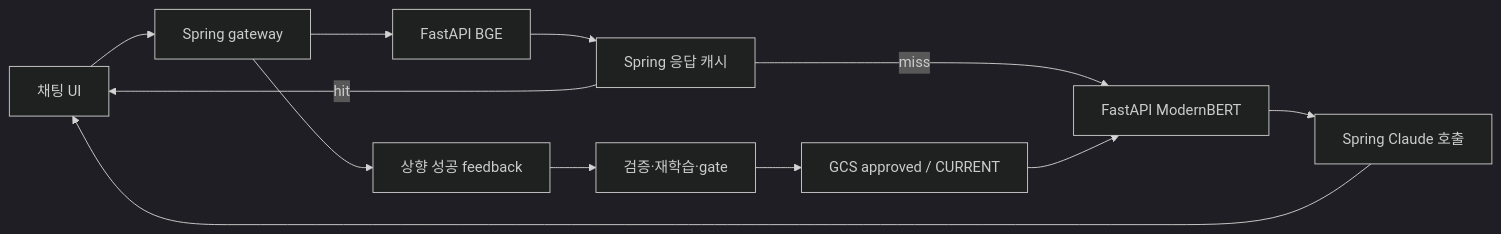
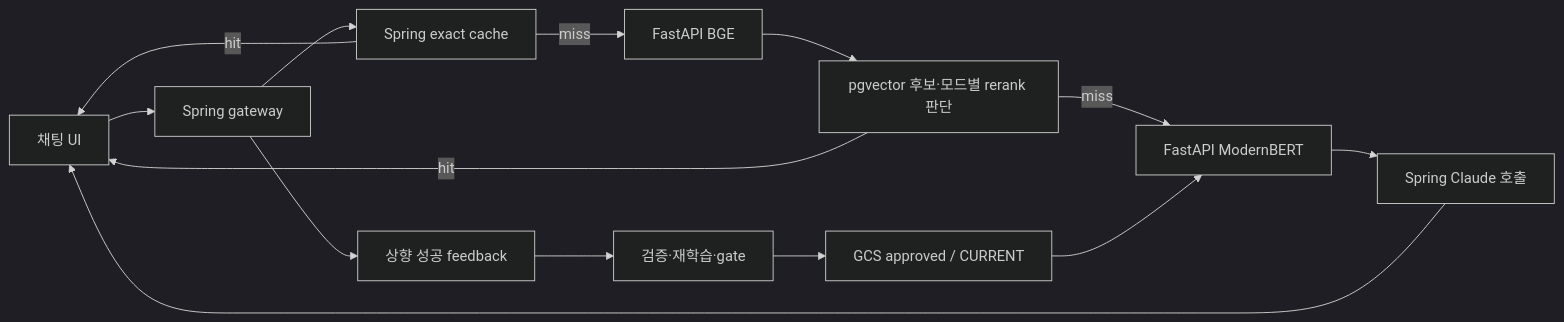
Before and after one commit to HYUCapstoneProject/LLM_Router: the diagram in docs/README.md, drawn with Mermaid (dark theme). The commit also changed other lines of this file and 6 other files, not shown here.

````diff
--- a/docs/README.md
+++ b/docs/README.md
@@ -31,14 +33,16 @@
 ```mermaid
 flowchart LR
     UI[채팅 UI] --> S[Spring gateway]
-    S --> E[FastAPI BGE]
-    E --> C[Spring 응답 캐시]
+    S --> X[Spring exact cache]
+    X -->|hit| UI
+    X -->|miss| E[FastAPI BGE]
+    E --> C[pgvector 후보·모드별 rerank 판단]
     C -->|miss| R[FastAPI ModernBERT]
     R --> L[Spring Claude 호출]
     L --> UI
     C -->|hit| UI
     S --> F[상향 성공 feedback]
     F --> P[검증·재학습·gate]
     P --> G[GCS approved / CURRENT]
     G --> R
 ```
````
